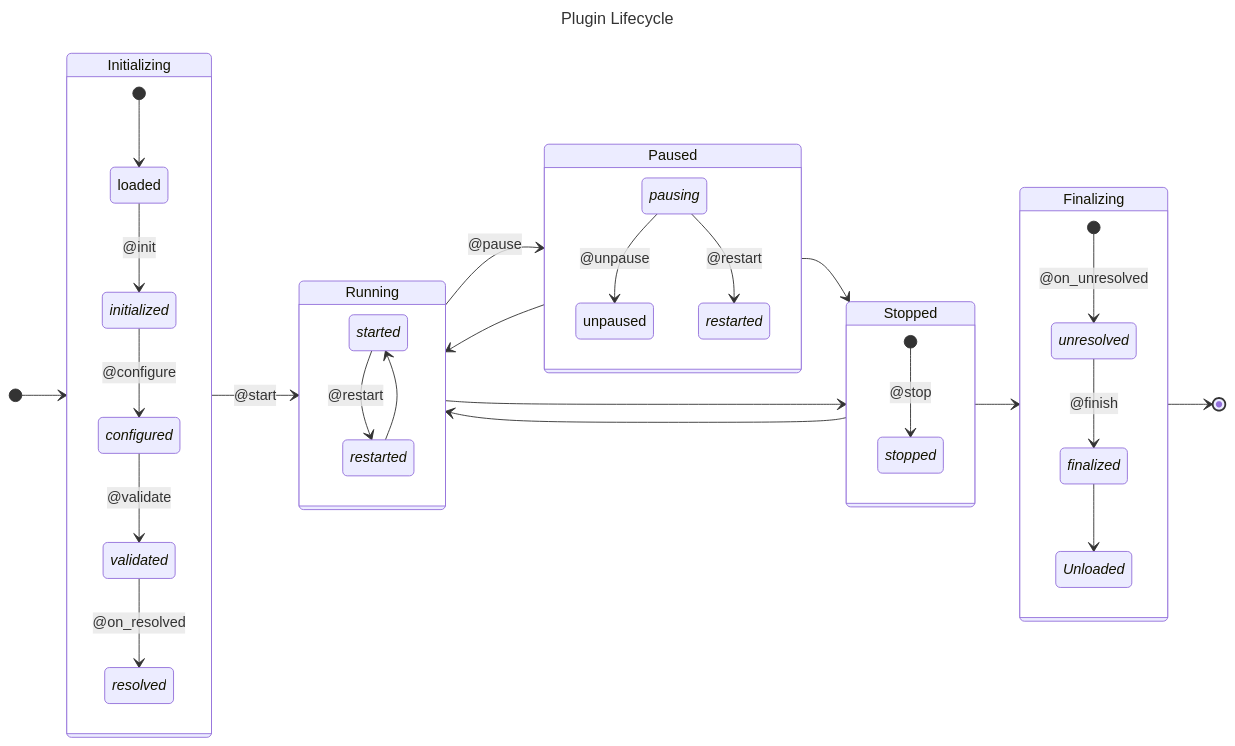
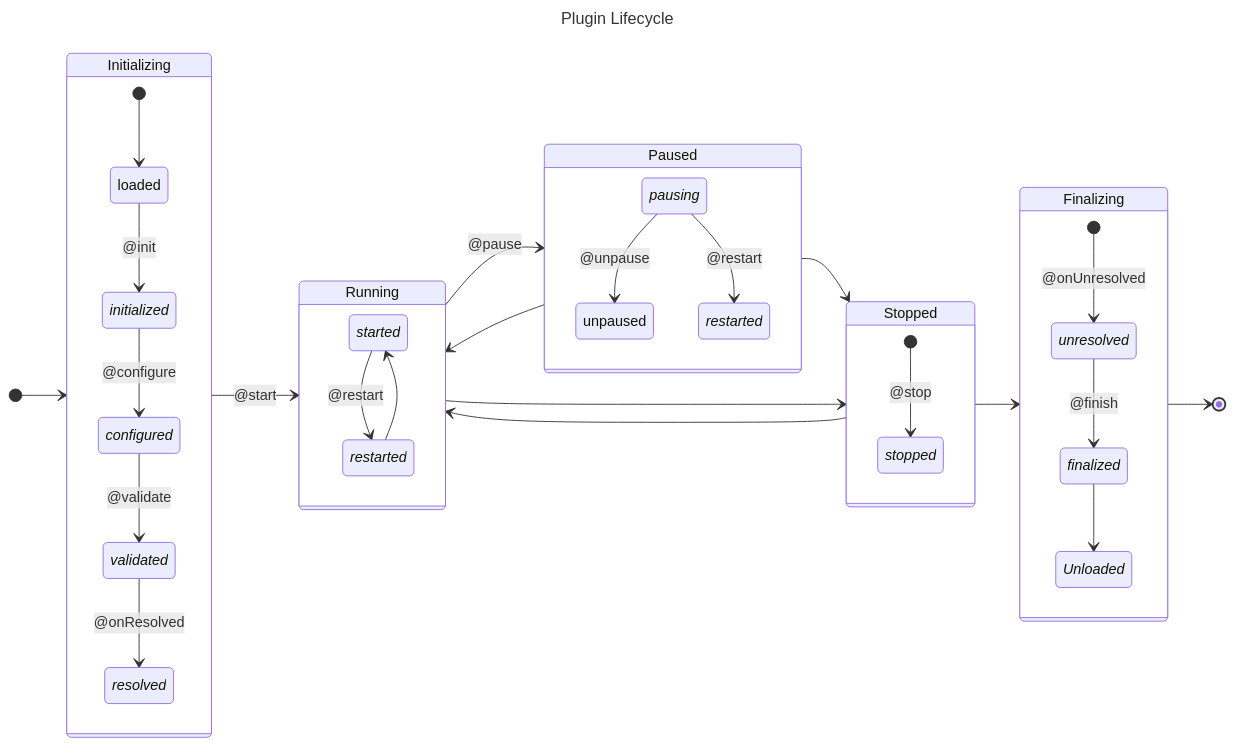
One commit to ankraft/ACME-oneM2M-CSE-mkdocs changed the diagram in docs/plugins/PluginAPI.md. Above: the diagram before and after it, drawn with Mermaid. The commit also changed other lines of this file and 4 other files, not shown here.

````diff
--- a/docs/plugins/PluginAPI.md
+++ b/docs/plugins/PluginAPI.md
@@ -7,65 +7,65 @@
 ```mermaid
 ---
 title: Plugin Lifecycle
 ---
 stateDiagram
     direction LR
 
 	state Initializing {
 		[*] --> loaded
 		loaded --> initialized:@init
 		initialized:<i>initialized
 		configured:<i>configured
 		validated:<i>validated
 		resolved:<i>resolved
 
 		initialized --> configured:@configure
 		configured --> validated:@validate
-		validated --> resolved:@on_resolved
+		validated --> resolved:@onResolved
 
 	}
 	
 	state Running {
 		started1:<i>started
 		restarting1:<i>restarted
 
 		started1 --> restarting1:@restart
 		restarting1 --> started1
 	}
 
 	state Paused {
 		pausing:<i>pausing
 		unpaused:unpaused
 		restarting2:<i>restarted
 
 		pausing --> unpaused:@unpause
 		pausing --> restarting2:@restart
 	}
 
 	state Stopped {
 		[*] --> stopped:@stop
 		stopped:<i>stopped
 	}
 
 	state Finalizing {
-		[*] --> unresolved:@on_unresolved
+		[*] --> unresolved:@onUnresolved
 		unresolved --> finalized:@finish
 		unresolved:<i>unresolved
 		finalized:<i>finalized
 		unloaded:<i>Unloaded
 	}
 
 
 	
 	[*] --> Initializing
 	Initializing --> Running:@start
 	Running --> Paused:@pause
 	Paused --> Running
 	Paused --> Stopped
 	Running --> Stopped
 	Stopped --> Running
 	Stopped --> Finalizing
 	finalized --> unloaded
 	Finalizing --> [*]
 
 ```
````
